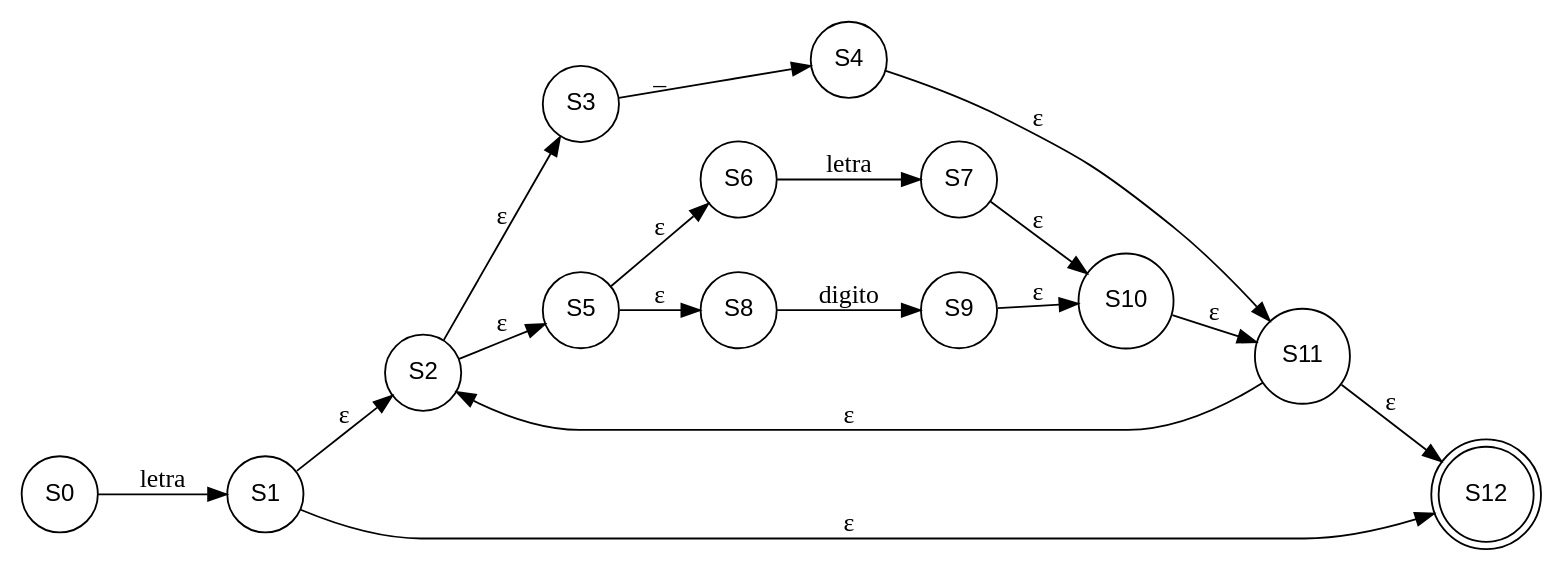
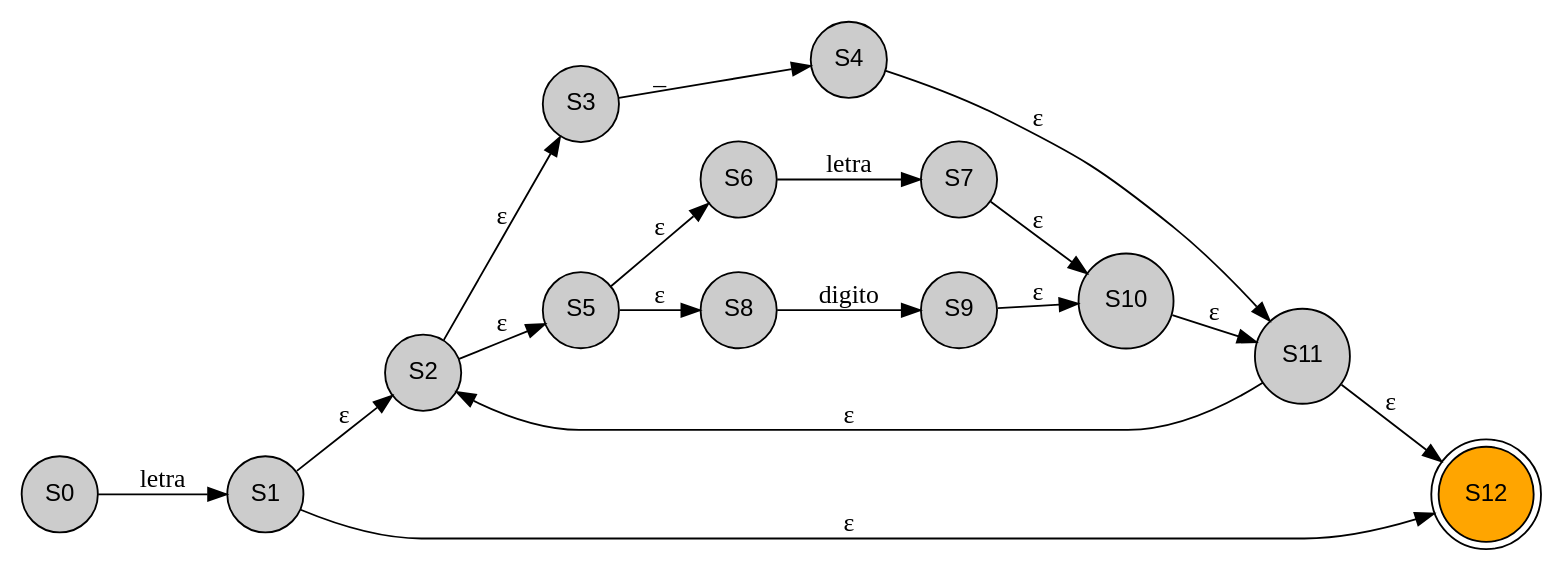
The diagram in src/AFND_201902502/identificador.dot (Desconocido502/OLC1-proyecto1-201902502), drawn with Graphviz before and after one commit. The commit also changed 77 other files, not shown here.

```diff
--- a/src/AFND_201902502/identificador.dot
+++ b/src/AFND_201902502/identificador.dot
@@ -1,24 +1,24 @@
  digraph G {
-    node [shape=circle fontsize=13 fontname = "helvetica"];
+    node [shape=circle fontsize=13 fontname = "helvetica" style=filled fillcolor="#CCCCCC"];
     nodesep=0.4;
     ranksep=0.5;
     rankdir=LR;
 
 S0 -> S1 [label="letra"];
 S1 -> S2 [label="ε"];
 S11 -> S12 [label="ε"];
 S1 -> S12 [label="ε"];
 S11 -> S2 [label="ε"];
 S2 -> S3 [label="ε"];
 S2 -> S5 [label="ε"];
 S4 -> S11 [label="ε"];
 S10 -> S11 [label="ε"];
 S3 -> S4 [label="_"];
 S5 -> S6 [label="ε"];
 S5 -> S8 [label="ε"];
 S7 -> S10 [label="ε"];
 S9 -> S10 [label="ε"];
 S6 -> S7 [label="letra"];
 S8 -> S9 [label="digito"];
-S12 [shape=doublecircle];
+S12[shape = doublecircle, style = filled, fillcolor = "#FFA500"];
 }
```
